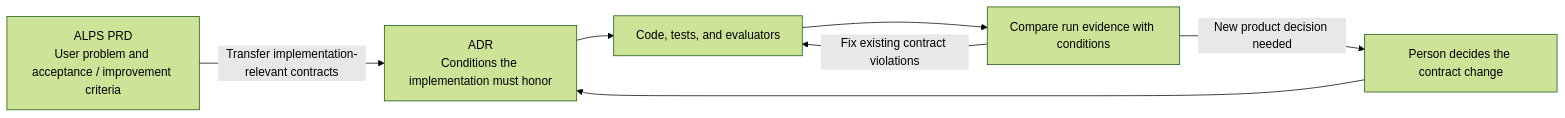
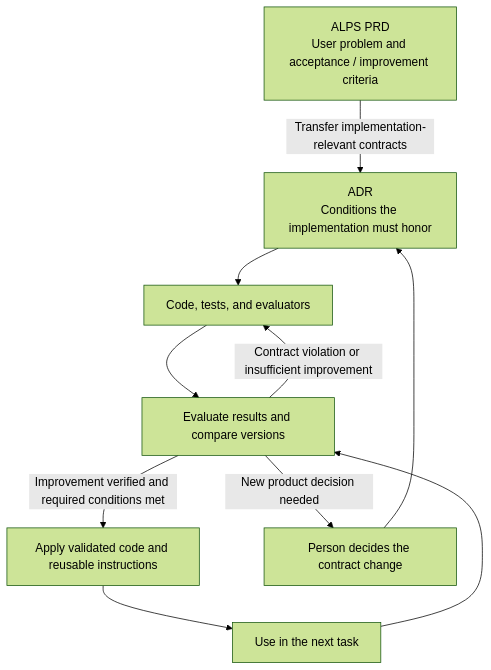
One commit to haandol/haandol.github.com changed the second of 2 diagrams in _en/2026-10-05-software-factory-evals-and-tension-metrics.md. Above: the diagram before and after it, drawn with Mermaid (forest theme). The commit also changed other lines of this file and 1 other file, not shown here.

Commit message:
docs: emphasize eval-driven software factory self-improvement

````diff
--- a/_en/2026-10-05-software-factory-evals-and-tension-metrics.md
+++ b/_en/2026-10-05-software-factory-evals-and-tension-metrics.md
@@ -119,9 +132,12 @@
 ```mermaid
-flowchart LR
+flowchart TD
     P["ALPS PRD<br/>User problem and acceptance / improvement criteria"] -->|Transfer implementation-relevant contracts| A["ADR<br/>Conditions the implementation must honor"]
     A --> C["Code, tests, and evaluators"]
-    C --> E["Compare run evidence with conditions"]
-    E -->|Fix existing contract violations| C
+    C --> E["Evaluate results and compare versions"]
+    E -->|Contract violation or insufficient improvement| C
+    E -->|Improvement verified and required conditions met| K["Apply validated code and reusable instructions"]
+    K --> N["Use in the next task"]
+    N --> E
     E -->|New product decision needed| H["Person decides the contract change"]
     H --> A
 ```
````
